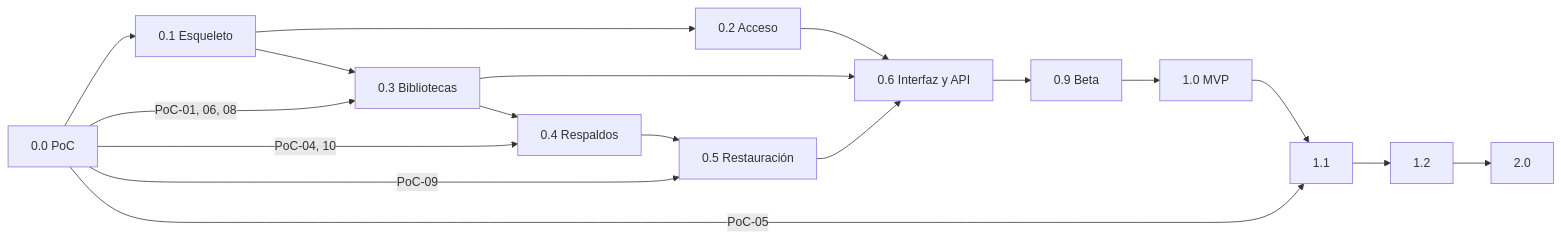
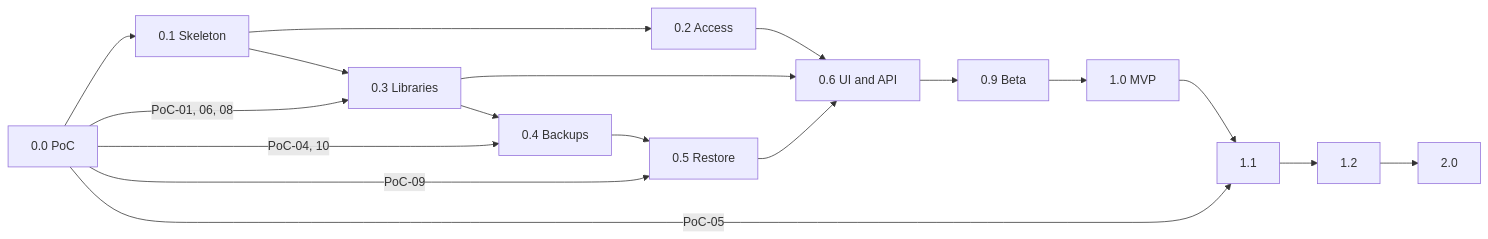
One commit to donutinit/sqsolve changed the diagram in docs/20-roadmap.md. Above: the diagram before and after it, drawn with Mermaid. The commit also changed other lines of this file and 294 other files, not shown here.

````diff
--- a/docs/20-roadmap.md
+++ b/docs/20-roadmap.md
@@ -25,20 +25,20 @@
 ```mermaid
 flowchart LR
-  F0["0.0 PoC"] --> F1["0.1 Esqueleto"]
-  F1 --> F2["0.2 Acceso"]
-  F1 --> F3["0.3 Bibliotecas"]
+  F0["0.0 PoC"] --> F1["0.1 Skeleton"]
+  F1 --> F2["0.2 Access"]
+  F1 --> F3["0.3 Libraries"]
   F0 -- "PoC-01, 06, 08" --> F3
-  F3 --> F4["0.4 Respaldos"]
+  F3 --> F4["0.4 Backups"]
   F0 -- "PoC-04, 10" --> F4
-  F4 --> F5["0.5 Restauración"]
+  F4 --> F5["0.5 Restore"]
   F0 -- "PoC-09" --> F5
-  F2 --> F6["0.6 Interfaz y API"]
+  F2 --> F6["0.6 UI and API"]
   F3 --> F6
   F5 --> F6
   F6 --> F9["0.9 Beta"]
   F9 --> V1["1.0 MVP"]
   V1 --> V11["1.1"]
   F0 -- "PoC-05" --> V11
   V11 --> V12["1.2"]
   V12 --> V2["2.0"]
 ```
````
